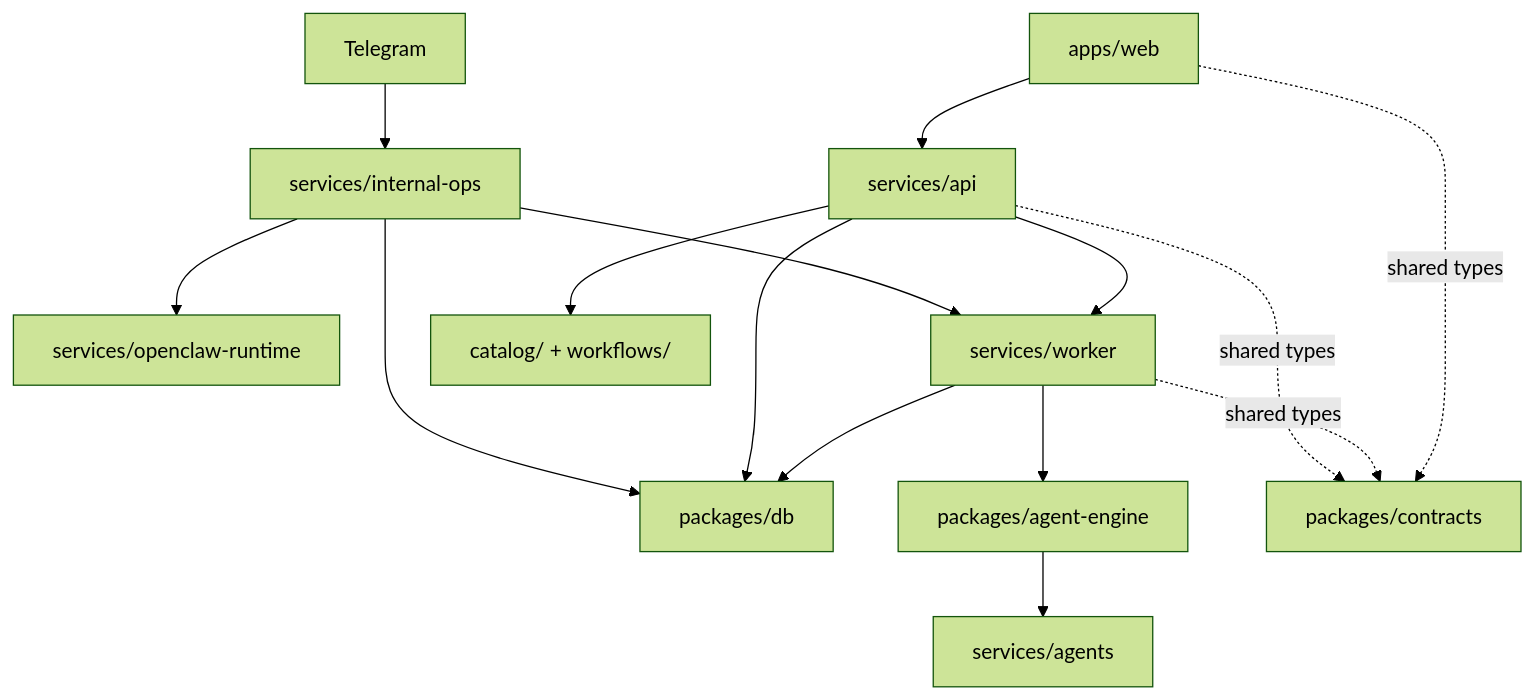
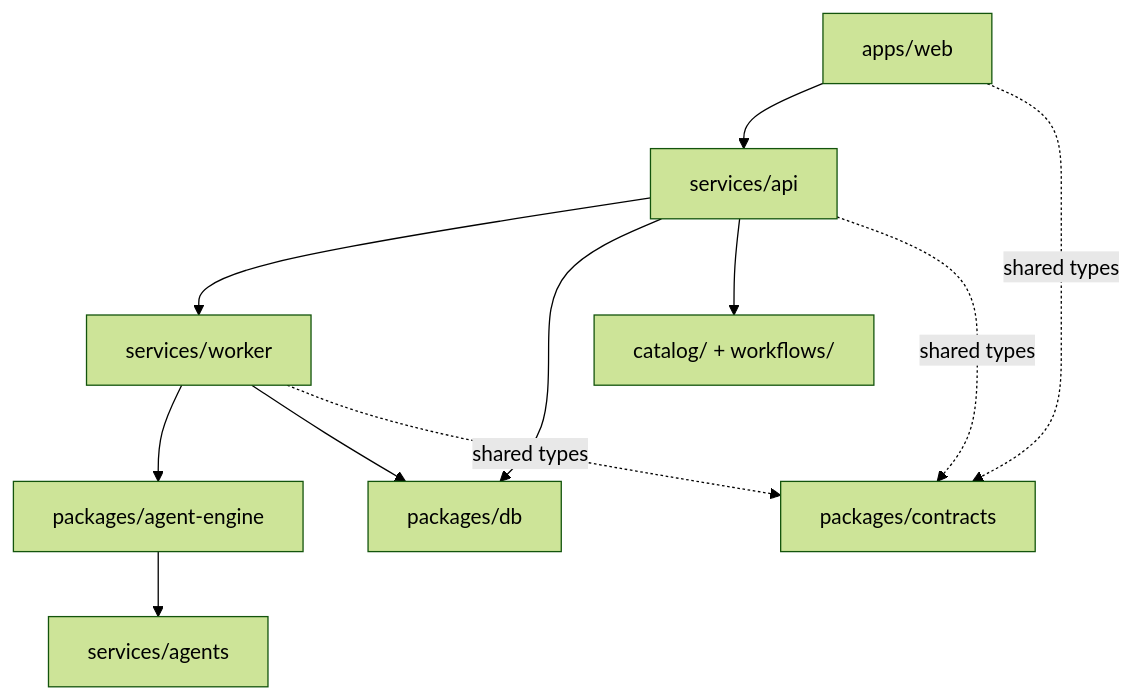
The diagram in docs/architecture/overview.md (agentmou/agentmou-platform), drawn with Mermaid (forest theme) before and after one commit. The commit also changed other lines of this file and 92 other files, not shown here.

First line of the commit message:
refactor: remove internal ops runtime from monorepo (#88)

````diff
--- a/docs/architecture/overview.md
+++ b/docs/architecture/overview.md
@@ -22,17 +20,13 @@
 ```mermaid
 flowchart TD
   Web["apps/web"] --> API["services/api"]
-  Telegram["Telegram"] --> InternalOps["services/internal-ops"]
-  InternalOps --> OpenClaw["services/openclaw-runtime"]
-  InternalOps --> Worker["services/worker"]
-  InternalOps --> DB["packages/db"]
   API --> Worker["services/worker"]
   Worker --> Engine["packages/agent-engine"]
   Engine --> Agents["services/agents"]
   API --> DB["packages/db"]
   Worker --> DB
   API --> Catalog["catalog/ + workflows/"]
   API -. shared types .-> Contracts["packages/contracts"]
   Worker -. shared types .-> Contracts
   Web -. shared types .-> Contracts
 ```
````
